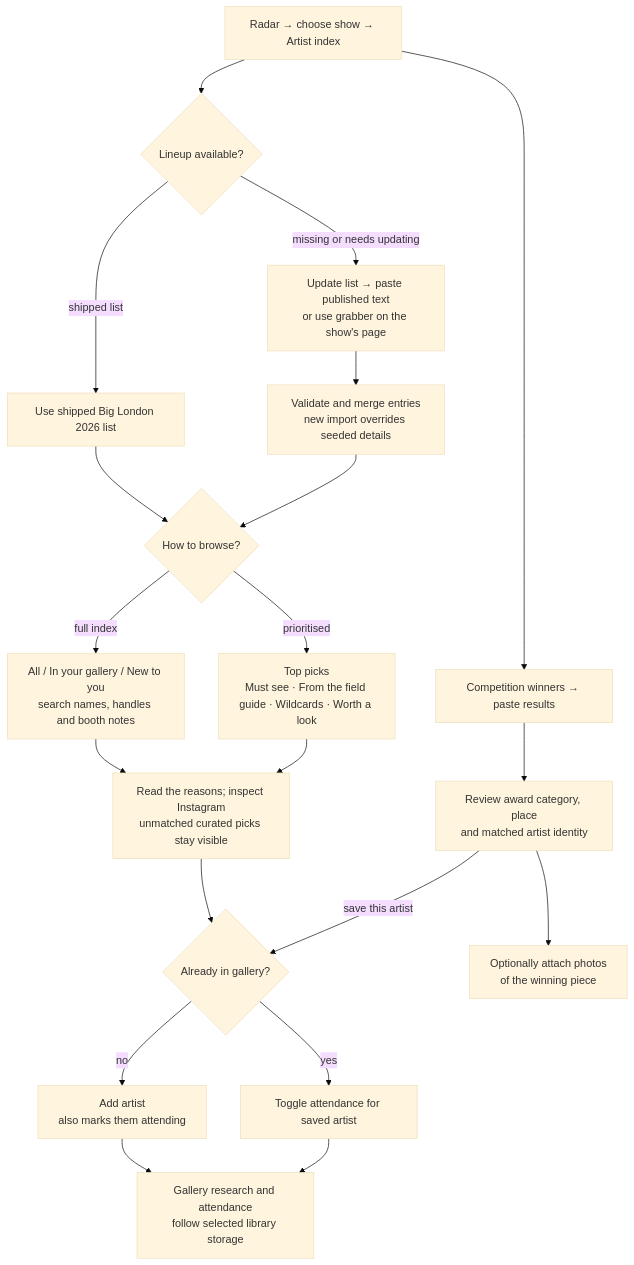
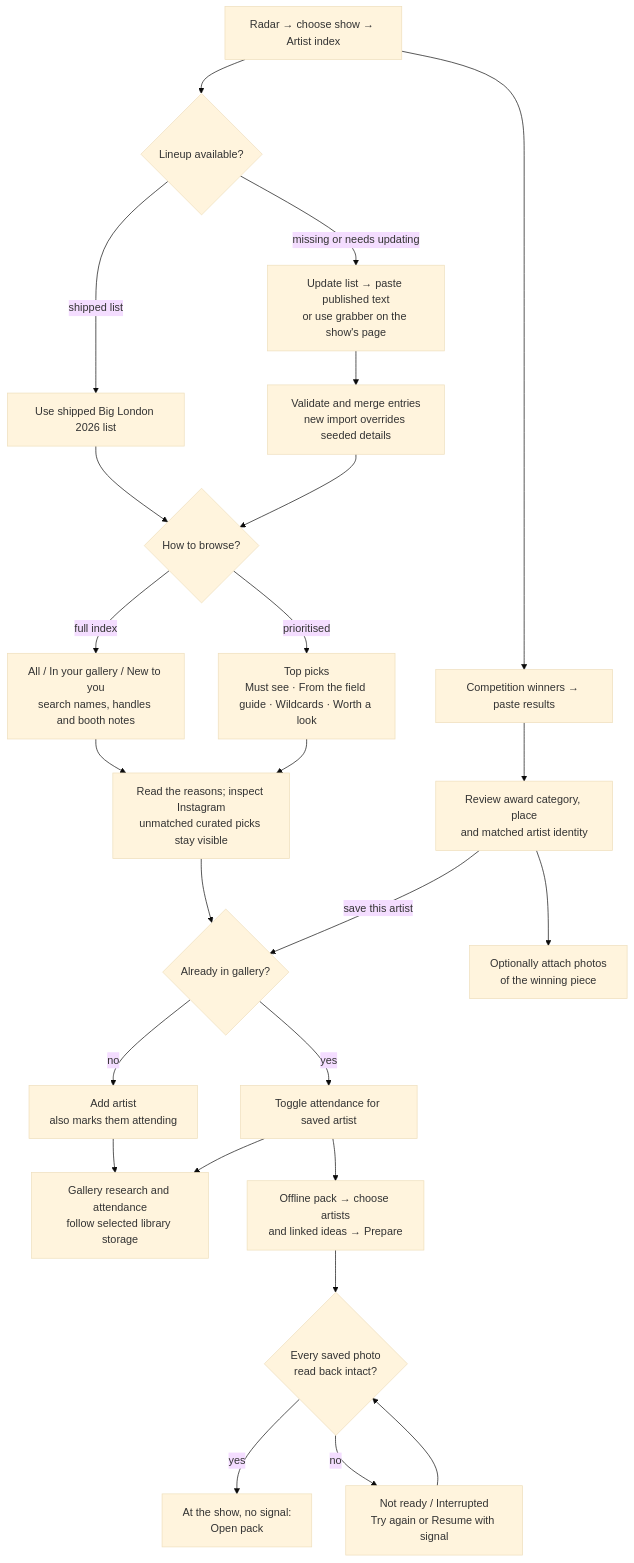
The seventh of 8 diagrams in docs/USER-WORKFLOWS.md (Pritesh1980/sable), drawn with Mermaid (base theme) before and after one commit. The commit also changed other lines of this file and 22 other files, not shown here.

First line of the commit message:
feat(radar): prepare an offline show pack with verified photo readiness (#259)

````diff
--- a/docs/USER-WORKFLOWS.md
+++ b/docs/USER-WORKFLOWS.md
@@ -284,30 +284,37 @@
 ```mermaid
 flowchart TB
   RADAR["Radar → choose show → Artist index"]
   SOURCE{"Lineup available?"}
   SEED["Use shipped Big London 2026 list"]
   IMPORT["Update list → paste published text<br/>or use grabber on the show's page"]
   MERGE["Validate and merge entries<br/>new import overrides seeded details"]
   VIEW{"How to browse?"}
   ALL["All / In your gallery / New to you<br/>search names, handles and booth notes"]
   PICKS["Top picks<br/>Must see · From the field guide · Wildcards · Worth a look"]
   CHECK["Read the reasons; inspect Instagram<br/>unmatched curated picks stay visible"]
   SAVED{"Already in gallery?"}
   ADD["Add artist<br/>also marks them attending"]
   FLAG["Toggle attendance for saved artist"]
   KEEP["Gallery research and attendance<br/>follow selected library storage"]
   WIN["Competition winners → paste results"]
   REVIEW["Review award category, place<br/>and matched artist identity"]
   PHOTO["Optionally attach photos<br/>of the winning piece"]
+  PACK["Offline pack → choose artists<br/>and linked ideas → Prepare"]
+  READY{"Every saved photo<br/>read back intact?"}
+  OPEN["At the show, no signal:<br/>Open pack"]
+  RETRY["Not ready / Interrupted<br/>Try again or Resume with signal"]
 
   RADAR --> SOURCE
   SOURCE -- "shipped list" --> SEED --> VIEW
   SOURCE -- "missing or needs updating" --> IMPORT --> MERGE --> VIEW
   VIEW -- "full index" --> ALL --> CHECK
   VIEW -- "prioritised" --> PICKS --> CHECK
   CHECK --> SAVED
   SAVED -- no --> ADD --> KEEP
   SAVED -- yes --> FLAG --> KEEP
   RADAR --> WIN --> REVIEW --> PHOTO
   REVIEW -- "save this artist" --> SAVED
+  FLAG --> PACK --> READY
+  READY -- yes --> OPEN
+  READY -- no --> RETRY --> READY
 ```
````
